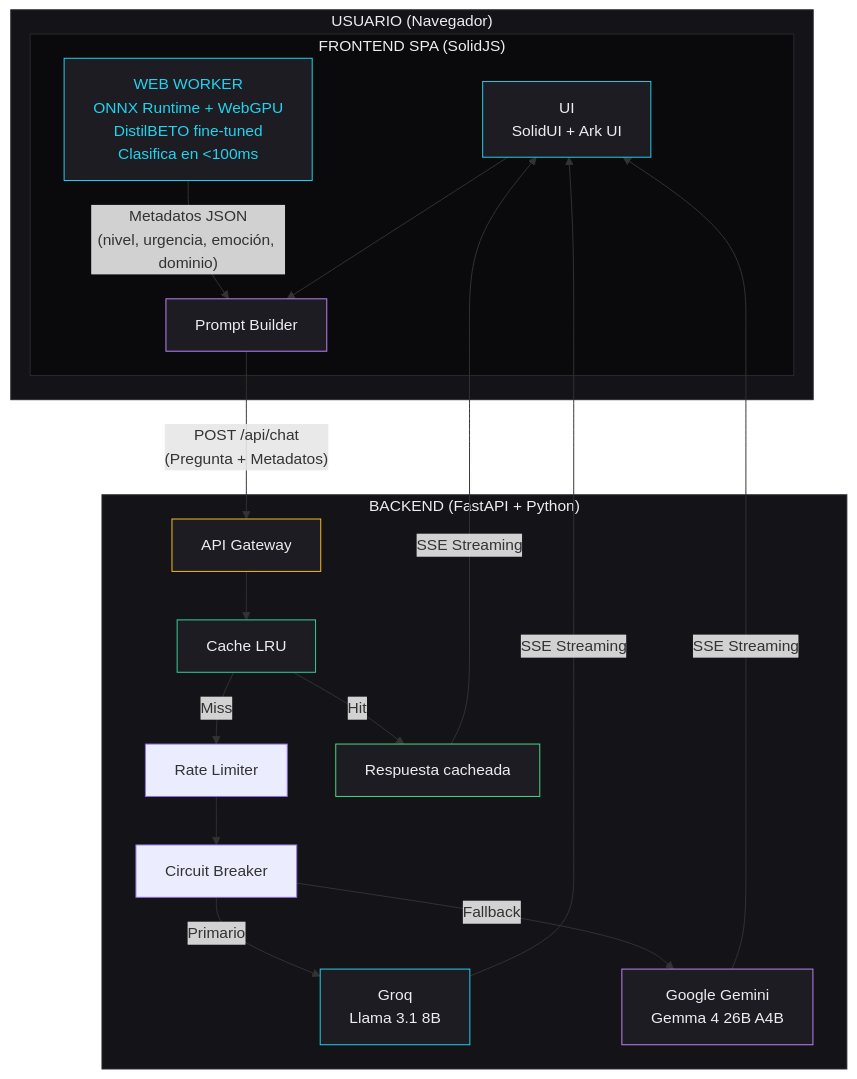
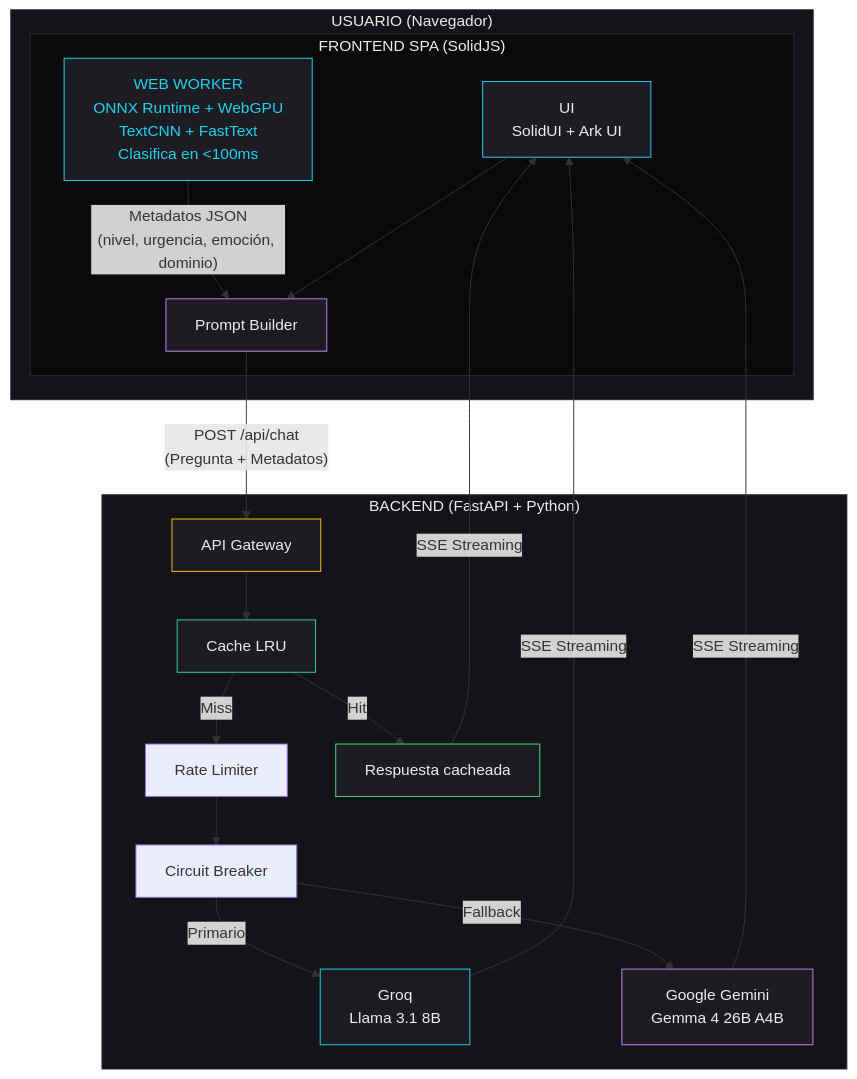
The diagram in docs/02-architecture/overview.md (KarloZ7715/Synapse), drawn with Mermaid before and after one commit. The commit also changed other lines of this file and 6 other files, not shown here.

Commit message:
docs: añadir ADR TextCNN y actualizar referencias de arquitectura

````diff
--- a/docs/02-architecture/overview.md
+++ b/docs/02-architecture/overview.md
@@ -5,44 +5,44 @@
 ```mermaid
 graph TD
     subgraph NAVEGADOR["USUARIO (Navegador)"]
         subgraph SPA["FRONTEND SPA (SolidJS)"]
             UI["UI<br/>SolidUI + Ark UI"]
-            WORKER["WEB WORKER<br/>ONNX Runtime + WebGPU<br/>DistilBETO fine-tuned<br/>Clasifica en &lt;100ms"]
+            WORKER["WEB WORKER<br/>ONNX Runtime + WebGPU<br/>TextCNN + FastText<br/>Clasifica en &lt;100ms"]
             PROMPT["Prompt Builder"]
             WORKER -->|"Metadatos JSON<br/>(nivel, urgencia, emoción, dominio)"| PROMPT
             UI --> PROMPT
         end
     end
 
     subgraph SERVIDOR["BACKEND (FastAPI + Python)"]
         API["API Gateway"]
         CACHE["Cache LRU"]
         RL["Rate Limiter"]
         CB["Circuit Breaker"]
         GROQ["Groq<br/>Llama 3.1 8B"]
         GEMINI["Google Gemini<br/>Gemma 4 26B A4B"]
 
         API --> CACHE
         CACHE -->|Hit| STREAM["Respuesta cacheada"]
         CACHE -->|Miss| RL --> CB
         CB -->|"Primario"| GROQ
         CB -->|"Fallback"| GEMINI
     end
 
     PROMPT -->|"POST /api/chat<br/>(Pregunta + Metadatos)"| API
     GROQ -->|"SSE Streaming"| UI
     GEMINI -->|"SSE Streaming"| UI
     STREAM -->|"SSE Streaming"| UI
 
     style NAVEGADOR fill:#141418,stroke:#292930,color:#ededef
     style SPA fill:#0a0a0c,stroke:#292930,color:#ededef
     style SERVIDOR fill:#141418,stroke:#292930,color:#ededef
     style UI fill:#1c1c22,stroke:#22d3ee,color:#ededef
     style WORKER fill:#1c1c22,stroke:#22d3ee,color:#22d3ee
     style PROMPT fill:#1c1c22,stroke:#c084fc,color:#ededef
     style API fill:#1c1c22,stroke:#fbbf24,color:#ededef
     style CACHE fill:#1c1c22,stroke:#34d399,color:#ededef
     style GROQ fill:#1c1c22,stroke:#22d3ee,color:#ededef
     style GEMINI fill:#1c1c22,stroke:#c084fc,color:#ededef
     style STREAM fill:#1c1c22,stroke:#4ade80,color:#ededef
 ```
````
